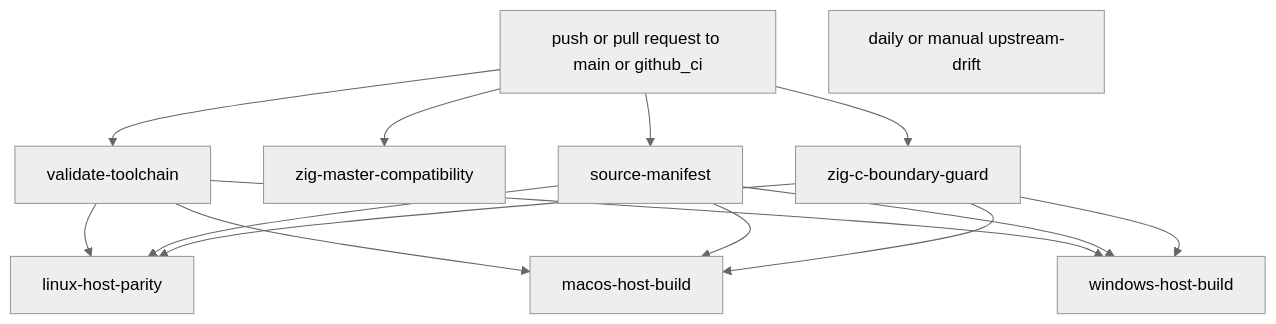
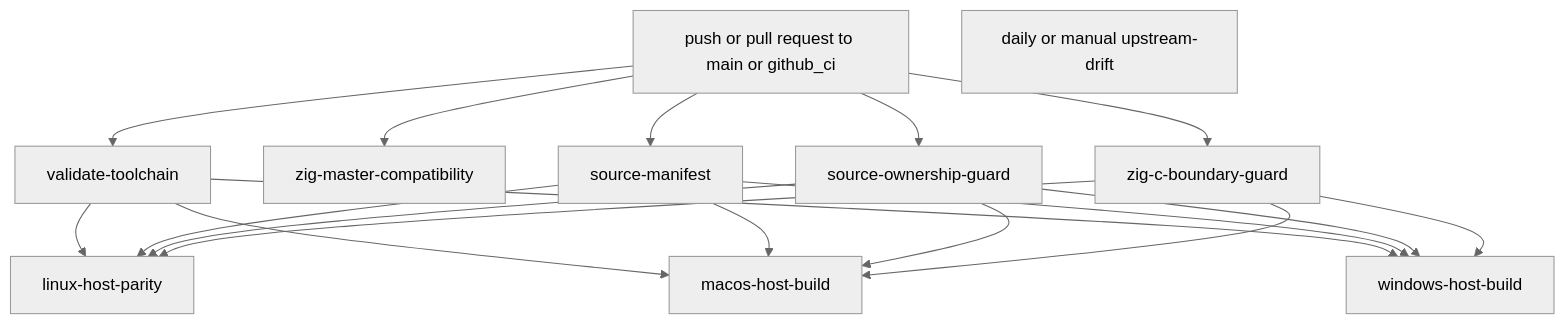
Before and after one commit to ppigazzini/z47: the diagram in zig_docs/60-ci-and-release-workflow.md, drawn with Mermaid (neutral theme). The commit also changed other lines of this file and 34 other files, not shown here.

First line of the commit message:
build: gate upstream roots and harden retained-state seams

````diff
--- a/zig_docs/60-ci-and-release-workflow.md
+++ b/zig_docs/60-ci-and-release-workflow.md
@@ -21,26 +21,31 @@
 ```mermaid
 flowchart TD
   A[push or pull request to main or github_ci]
   B[validate-toolchain]
   C[zig-master-compatibility]
   D[source-manifest]
-  E[zig-c-boundary-guard]
-  F[linux-host-parity]
-  G[macos-host-build]
-  H[windows-host-build]
-  I[daily or manual upstream-drift]
+  E[source-ownership-guard]
+  F[zig-c-boundary-guard]
+  G[linux-host-parity]
+  H[macos-host-build]
+  I[windows-host-build]
+  J[daily or manual upstream-drift]
 
   A --> B
   A --> C
   A --> D
   A --> E
-  B --> F
-  D --> F
-  E --> F
+  A --> F
   B --> G
   D --> G
   E --> G
+  F --> G
   B --> H
   D --> H
   E --> H
+  F --> H
+  B --> I
+  D --> I
+  E --> I
+  F --> I
 ```
````
